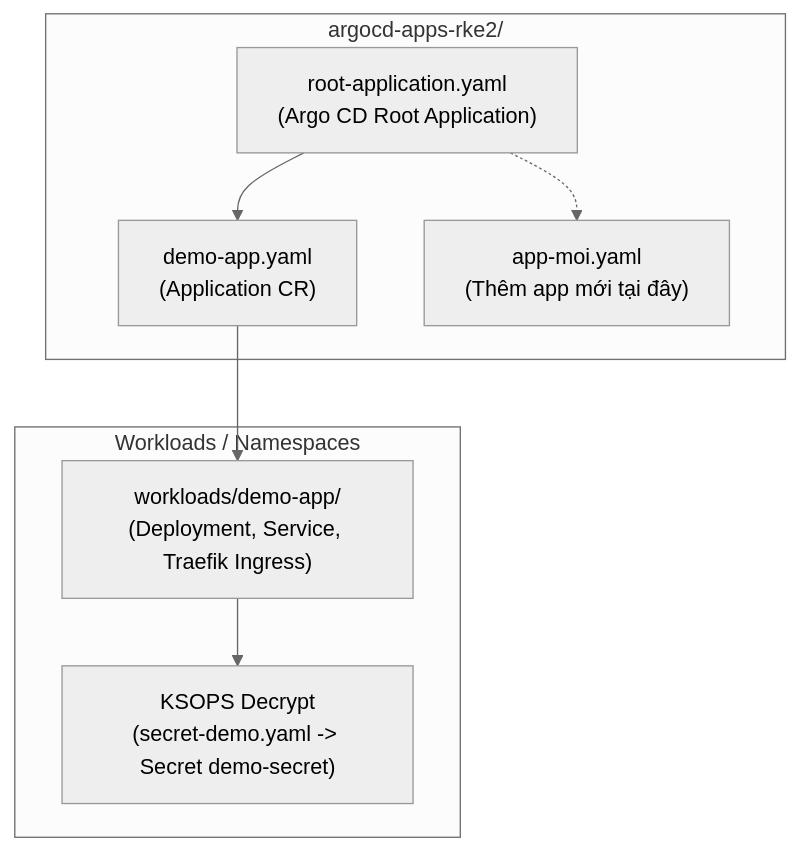
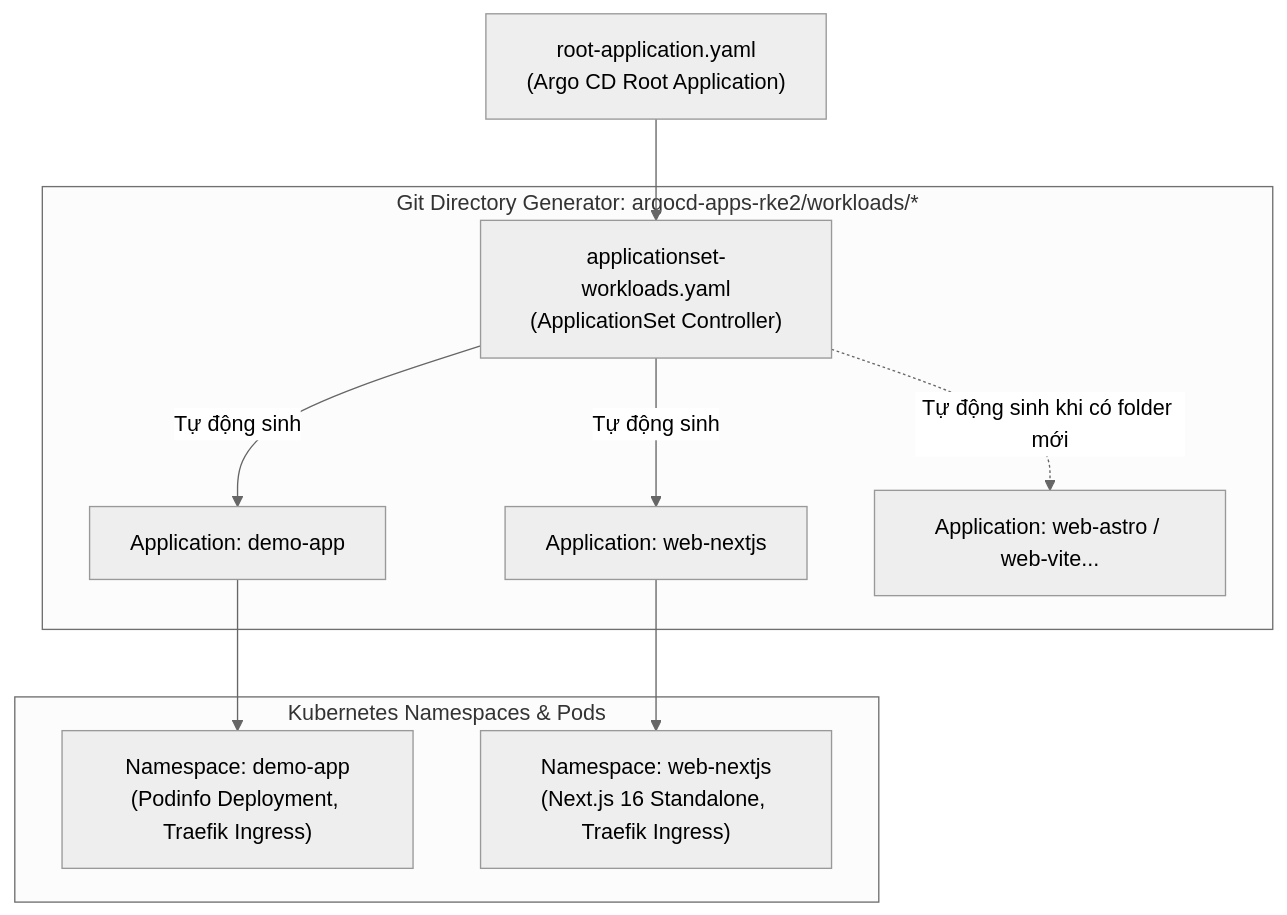
One commit to 001123/lab-harvester-gitops changed the diagram in argocd-apps-rke2/README.md. Above: the diagram before and after it, drawn with Mermaid (neutral theme). The commit also changed other lines of this file and 9 other files, not shown here.

Commit message:
feat(gitops): migrate to ApplicationSet and add Next.js 16 demo app

````diff
--- a/argocd-apps-rke2/README.md
+++ b/argocd-apps-rke2/README.md
@@ -9,14 +11,15 @@
 ```mermaid
 graph TD
-    RootApp["root-application.yaml\n(Argo CD Root Application)"]
+    RootApp["root-application.yaml\n(Argo CD Root Application)"] --> AppSet["applicationset-workloads.yaml\n(ApplicationSet Controller)"]
     
-    subgraph "argocd-apps-rke2/"
-        RootApp --> AppDemo["demo-app.yaml\n(Application CR)"]
-        RootApp -.-> AppNew["app-moi.yaml\n(Thêm app mới tại đây)"]
+    subgraph "Git Directory Generator: argocd-apps-rke2/workloads/*"
+        AppSet -->|Tự động sinh| AppDemo["Application: demo-app"]
+        AppSet -->|Tự động sinh| AppNextJS["Application: web-nextjs"]
+        AppSet -.->|Tự động sinh khi có folder mới| AppFuture["Application: web-astro / web-vite..."]
     end
     
-    subgraph "Workloads / Namespaces"
-        AppDemo --> Podinfo["workloads/demo-app/\n(Deployment, Service, Traefik Ingress)"]
-        Podinfo --> KSOPS["KSOPS Decrypt\n(secret-demo.yaml -> Secret demo-secret)"]
+    subgraph "Kubernetes Namespaces & Pods"
+        AppDemo --> Podinfo["Namespace: demo-app\n(Podinfo Deployment, Traefik Ingress)"]
+        AppNextJS --> NextPod["Namespace: web-nextjs\n(Next.js 16 Standalone, Traefik Ingress)"]
     end
 ```
````
